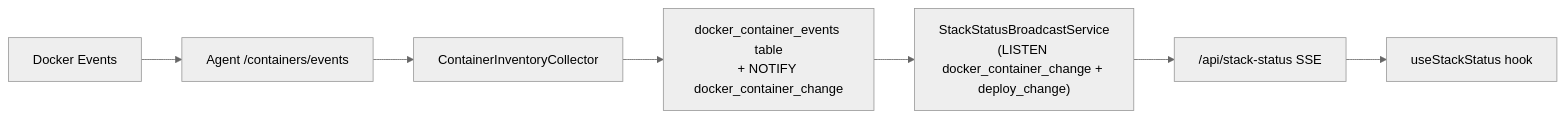
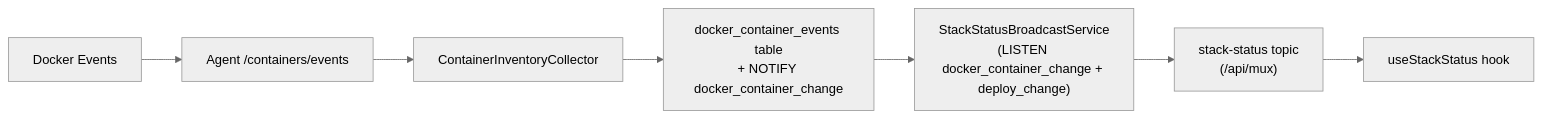
One commit to jaredglaser/homelab-manager changed the fourth of 5 diagrams in docs/architecture.md. Above: the diagram before and after it, drawn with Mermaid (neutral theme). The commit also changed other lines of this file and 4 other files, not shown here.

First line of the commit message:
docs(mux): replace the legacy SSE surface descriptions with the WS mux

````diff
--- a/docs/architecture.md
+++ b/docs/architecture.md
@@ -233,12 +234,12 @@
 ```mermaid
 flowchart LR
     DE["Docker Events"]
     AE["Agent /containers/events"]
     CIC["ContainerInventoryCollector"]
     DB["docker_container_events table<br/>+ NOTIFY docker_container_change"]
     BS["StackStatusBroadcastService<br/>(LISTEN docker_container_change + deploy_change)"]
-    SSE["/api/stack-status SSE"]
+    Mux["stack-status topic<br/>(/api/mux)"]
     UI["useStackStatus hook"]
 
-    DE --> AE --> CIC --> DB --> BS --> SSE --> UI
+    DE --> AE --> CIC --> DB --> BS --> Mux --> UI
 ```
````
